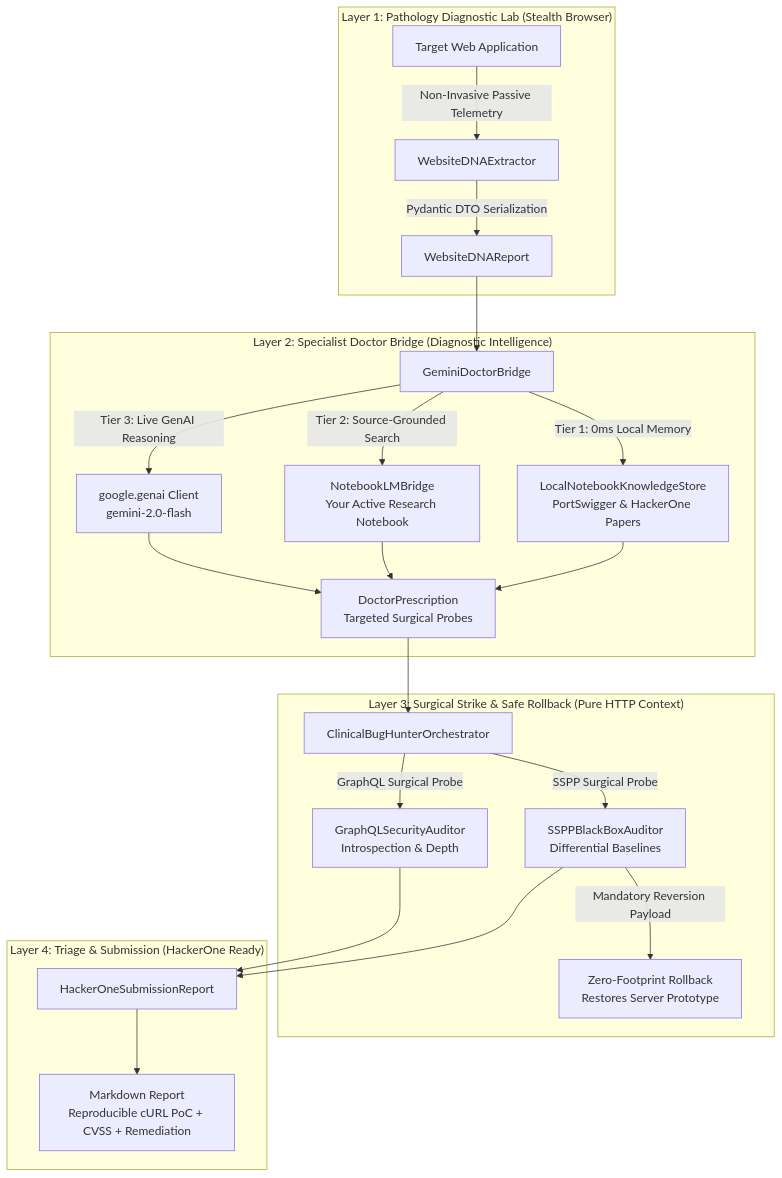
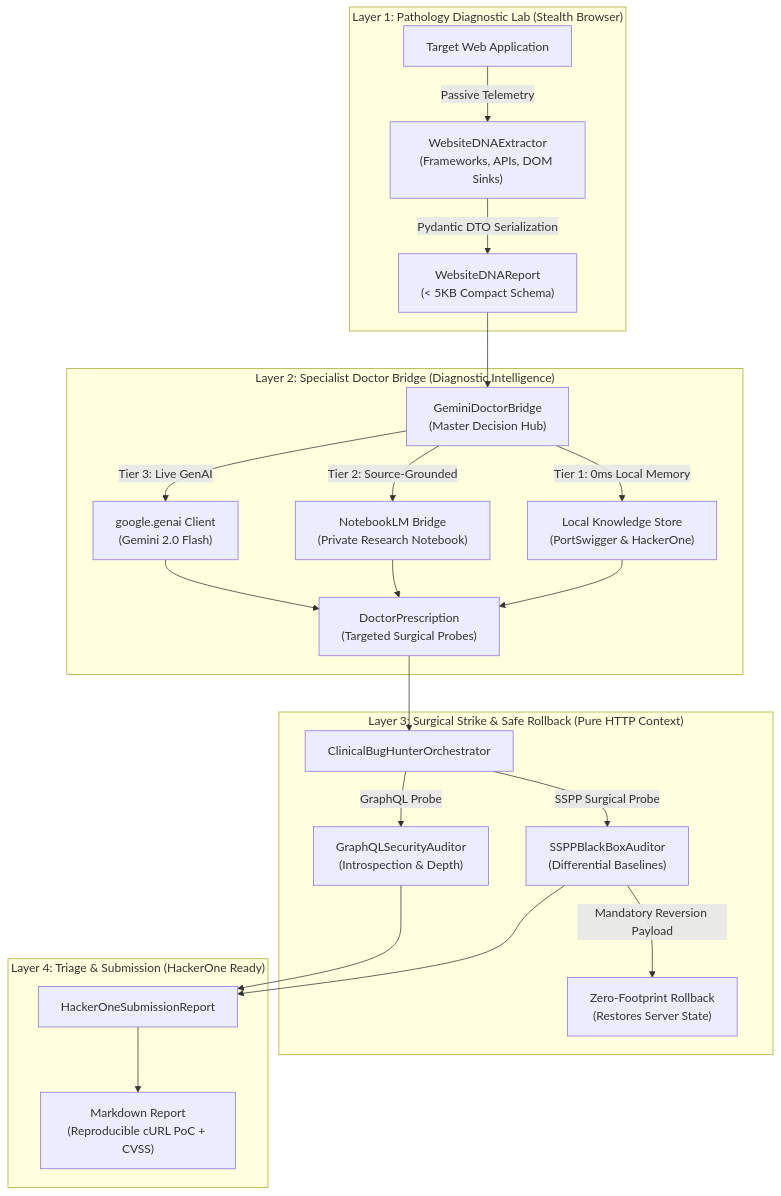
Before and after one commit to sadik004/behavioral-playwright-security: the diagram in README.md, drawn with Mermaid. The commit also changed other lines of this file, not shown here.

Commit message:
docs: enrich README with comprehensive 180+ stealth features, provider matrix, MCP server, and refined clinical architecture diagram

````diff
--- a/README.md
+++ b/README.md
@@ -17,27 +38,27 @@
 ```mermaid
 graph TD
     subgraph Layer1["Layer 1: Pathology Diagnostic Lab (Stealth Browser)"]
-        A[Target Web Application] -->|Non-Invasive Passive Telemetry| B[WebsiteDNAExtractor]
-        B -->|Pydantic DTO Serialization| C[WebsiteDNAReport]
+        A["Target Web Application"] -->|Passive Telemetry| B["WebsiteDNAExtractor<br/>(Frameworks, APIs, DOM Sinks)"]
+        B -->|Pydantic DTO Serialization| C["WebsiteDNAReport<br/>(< 5KB Compact Schema)"]
     end
 
     subgraph Layer2["Layer 2: Specialist Doctor Bridge (Diagnostic Intelligence)"]
-        C --> D[GeminiDoctorBridge]
-        D -->|Tier 1: 0ms Local Memory| E[LocalNotebookKnowledgeStore<br/>PortSwigger & HackerOne Papers]
-        D -->|Tier 2: Source-Grounded Search| F[NotebookLMBridge<br/>Your Active Research Notebook]
-        D -->|Tier 3: Live GenAI Reasoning| G[google.genai Client<br/>gemini-2.0-flash]
-        E & F & G --> H[DoctorPrescription<br/>Targeted Surgical Probes]
+        C --> D["GeminiDoctorBridge<br/>(Master Decision Hub)"]
+        D -->|Tier 1: 0ms Local Memory| E["Local Knowledge Store<br/>(PortSwigger & HackerOne)"]
+        D -->|Tier 2: Source-Grounded| F["NotebookLM Bridge<br/>(Private Research Notebook)"]
+        D -->|Tier 3: Live GenAI| G["google.genai Client<br/>(Gemini 2.0 Flash)"]
+        E & F & G --> H["DoctorPrescription<br/>(Targeted Surgical Probes)"]
     end
 
     subgraph Layer3["Layer 3: Surgical Strike & Safe Rollback (Pure HTTP Context)"]
-        H --> I[ClinicalBugHunterOrchestrator]
-        I -->|SSPP Surgical Probe| J[SSPPBlackBoxAuditor<br/>Differential Baselines]
-        I -->|GraphQL Surgical Probe| K[GraphQLSecurityAuditor<br/>Introspection & Depth]
-        J -->|Mandatory Reversion Payload| L[Zero-Footprint Rollback<br/>Restores Server Prototype]
+        H --> I["ClinicalBugHunterOrchestrator"]
+        I -->|SSPP Surgical Probe| J["SSPPBlackBoxAuditor<br/>(Differential Baselines)"]
+        I -->|GraphQL Probe| K["GraphQLSecurityAuditor<br/>(Introspection & Depth)"]
+        J -->|Mandatory Reversion Payload| L["Zero-Footprint Rollback<br/>(Restores Server State)"]
     end
 
     subgraph Layer4["Layer 4: Triage & Submission (HackerOne Ready)"]
-        J & K --> M[HackerOneSubmissionReport]
-        M --> N[Markdown Report<br/>Reproducible cURL PoC + CVSS + Remediation]
+        J & K --> M["HackerOneSubmissionReport"]
+        M --> N["Markdown Report<br/>(Reproducible cURL PoC + CVSS)"]
     end
 ```
````
